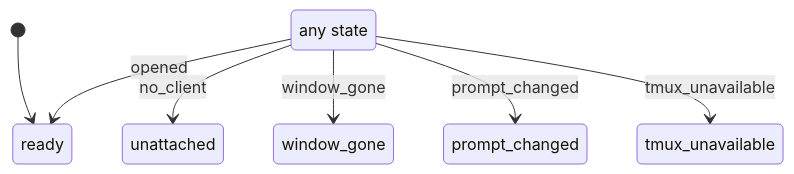
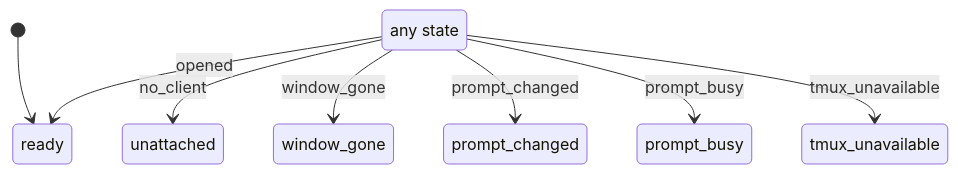
Before and after one commit to rpmessner/beads-board: the diagram in docs/machines/waiting_card.md, drawn with Mermaid. The commit also changed other lines of this file and 21 other files, not shown here.

````diff
--- a/docs/machines/waiting_card.md
+++ b/docs/machines/waiting_card.md
@@ -5,10 +5,11 @@
 ```mermaid
 stateDiagram-v2
     [*] --> ready
     fsm_any --> ready: opened
     fsm_any --> unattached: no_client
     fsm_any --> window_gone: window_gone
     fsm_any --> prompt_changed: prompt_changed
+    fsm_any --> prompt_busy: prompt_busy
     fsm_any --> tmux_unavailable: tmux_unavailable
     state "any state" as fsm_any
 ```
````
